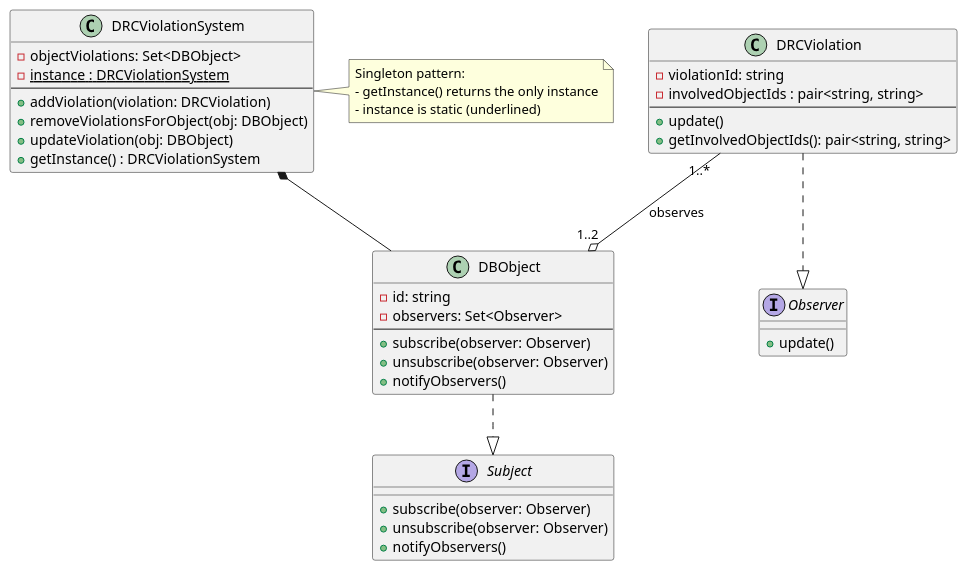
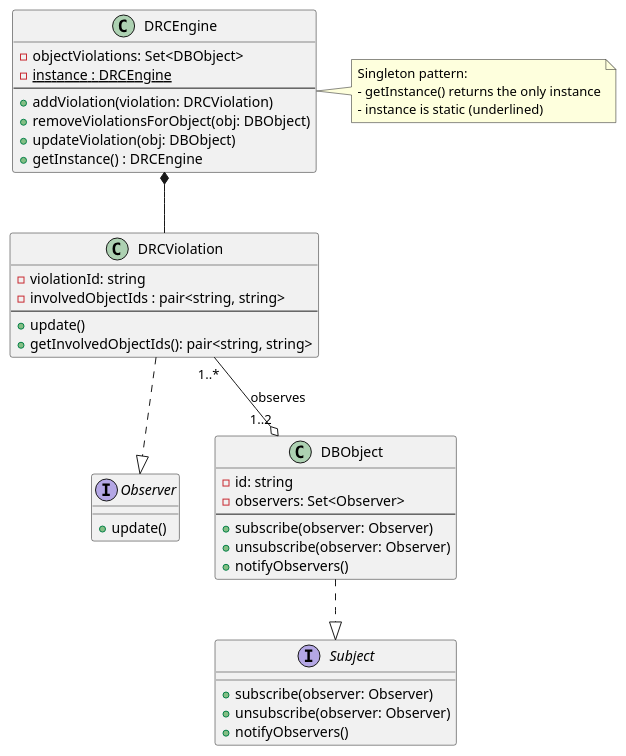
One commit to detective-sokka/DRCViolationSystem changed the diagram in design/design.plantuml. Above: the diagram before and after it, drawn with PlantUML. The commit also changed 9 other files, not shown here.

Commit message:
Rename DRCViolationSystem to DRCEngine.

```diff
--- a/design/design.plantuml
+++ b/design/design.plantuml
@@ -1,52 +1,52 @@
 @startuml
 ' Interfaces
 interface Observer {
     +update()
 }
 
 interface Subject {
     +subscribe(observer: Observer)
     +unsubscribe(observer: Observer)
     +notifyObservers()
 }
 
 ' Core domain classes
 class DBObject {
     -id: string    
     -observers: Set<Observer>   
     --
     +subscribe(observer: Observer)
     +unsubscribe(observer: Observer)
     +notifyObservers()
 }
 
 class DRCViolation {    
     -violationId: string
     -involvedObjectIds : pair<string, string>
     --
     +update()
     +getInvolvedObjectIds(): pair<string, string>
 }
 
-class DRCViolationSystem {
+class DRCEngine {
     -objectViolations: Set<DBObject>
-    -<u>instance : DRCViolationSystem</u>
+    -<u>instance : DRCEngine</u>
     --
     +addViolation(violation: DRCViolation)
     +removeViolationsForObject(obj: DBObject)
     +updateViolation(obj: DBObject)
-    +getInstance() : DRCViolationSystem    
+    +getInstance() : DRCEngine    
 }
 
 DBObject ..|> Subject
 DRCViolation ..|> Observer
 DRCViolation "1..*" --o "1..2" DBObject : observes
 
 ' Composition and Singleton
-DRCViolationSystem *-- DBObject
-note right of DRCViolationSystem
+DRCEngine *-- DRCViolation
+note right of DRCEngine
   Singleton pattern:
   - getInstance() returns the only instance
   - instance is static (underlined)
 end note
 @enduml
```
